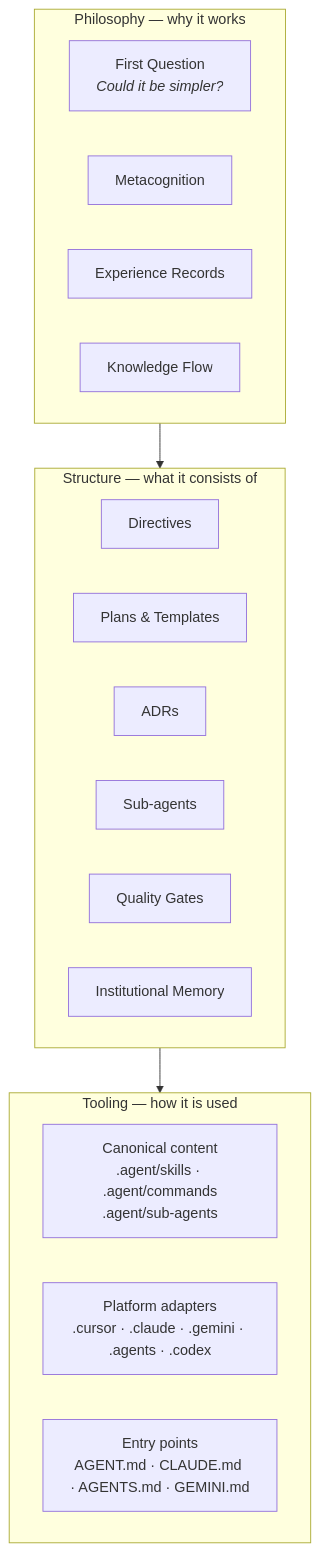
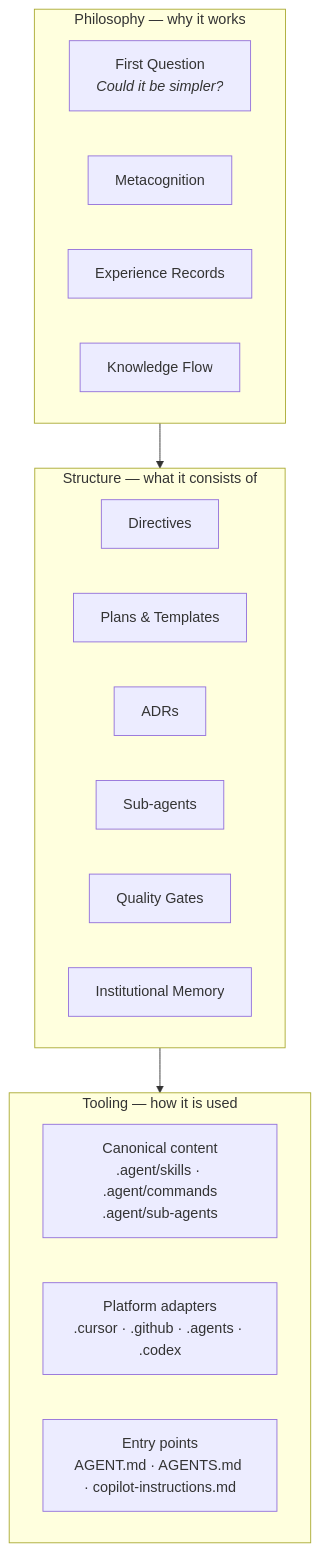
Before and after one commit to jimCresswell/jimcresswell.net: the first of 3 diagrams in .agent/practice-core/practice.md, drawn with Mermaid. The commit also changed other lines of this file and 50 other files, not shown here.

````diff
--- a/.agent/practice-core/practice.md
+++ b/.agent/practice-core/practice.md
@@ -41,26 +27,26 @@
 ```mermaid
 graph TB
     subgraph Philosophy ["Philosophy — why it works"]
         FQ["First Question<br/><i>Could it be simpler?</i>"]
         MC[Metacognition]
         EX[Experience Records]
         KF[Knowledge Flow]
     end
 
     subgraph Structure ["Structure — what it consists of"]
         DIR[Directives]
         PLANS[Plans & Templates]
         ADR[ADRs]
         SA[Sub-agents]
         QG[Quality Gates]
         MEM[Institutional Memory]
     end
 
     subgraph Tooling ["Tooling — how it is used"]
         CANON["Canonical content<br/>.agent/skills · .agent/commands<br/>.agent/sub-agents"]
-        ADAPT["Platform adapters<br/>.cursor · .claude · .gemini · .agents · .codex"]
-        ENTRY["Entry points<br/>AGENT.md · CLAUDE.md · AGENTS.md · GEMINI.md"]
+        ADAPT["Platform adapters<br/>.cursor · .github · .agents · .codex"]
+        ENTRY["Entry points<br/>AGENT.md · AGENTS.md · copilot-instructions.md"]
     end
 
     Philosophy --> Structure --> Tooling
 ```
````
